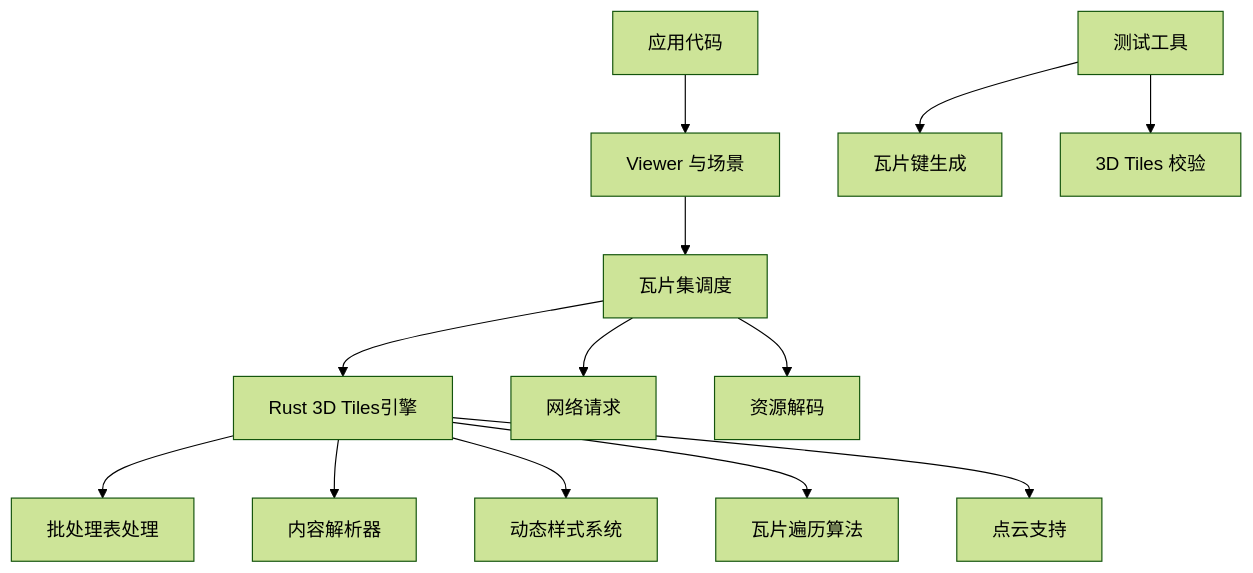
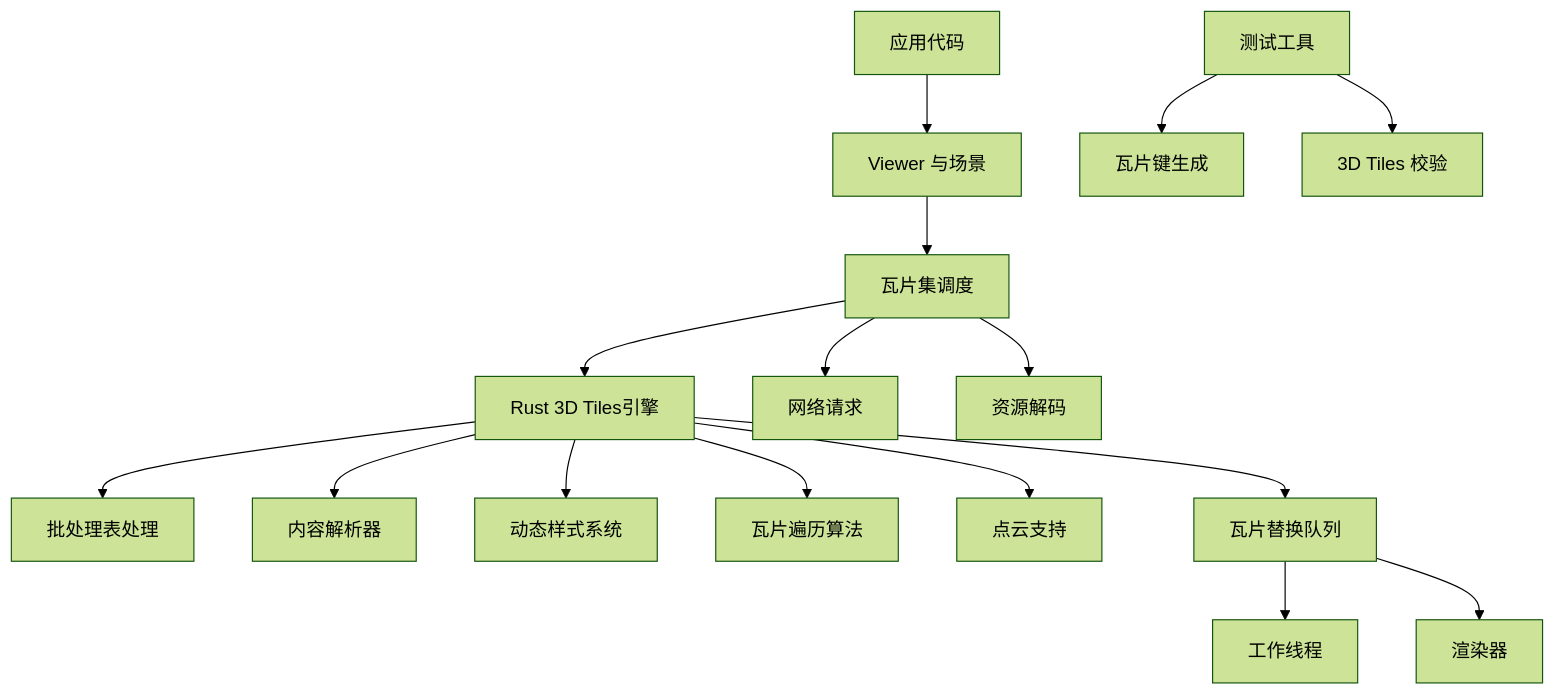
The tenth of 10 diagrams in .qoder/repowiki/zh/content/项目概述/核心特性/3D数据格式支持/3D Tiles标准支持/瓦片集管理.md (rzhangjing/cesium), drawn with Mermaid (forest theme) before and after one commit. The commit also changed other lines of this file and 32 other files, not shown here.

````diff
--- a/.qoder/repowiki/zh/content/项目概述/核心特性/3D数据格式支持/3D Tiles标准支持/瓦片集管理.md
+++ b/.qoder/repowiki/zh/content/项目概述/核心特性/3D数据格式支持/3D Tiles标准支持/瓦片集管理.md
@@ -412,15 +459,18 @@
 ```mermaid
 graph TB
 App["应用代码"] --> Viewer["Viewer 与场景"]
 Viewer --> Tileset["瓦片集调度"]
 Tileset --> RustEngine["Rust 3D Tiles引擎"]
 RustEngine --> BatchTable["批处理表处理"]
 RustEngine --> ContentDecoder["内容解析器"]
 RustEngine --> Styling["动态样式系统"]
 RustEngine --> Traversal["瓦片遍历算法"]
 RustEngine --> PointCloud["点云支持"]
+RustEngine --> ReplacementQueue["瓦片替换队列"]
+ReplacementQueue --> Worker["工作线程"]
+ReplacementQueue --> Renderer["渲染器"]
 Tileset --> Net["网络请求"]
 Tileset --> Decode["资源解码"]
 Test["测试工具"] --> KeyGen["瓦片键生成"]
 Test --> Checker["3D Tiles 校验"]
 ```
````
